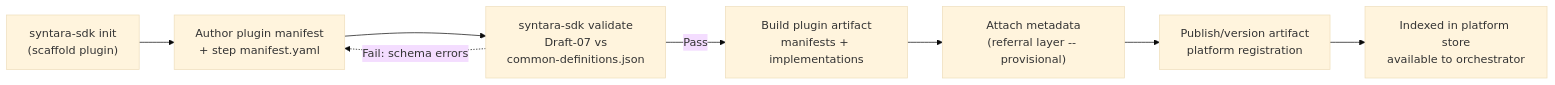
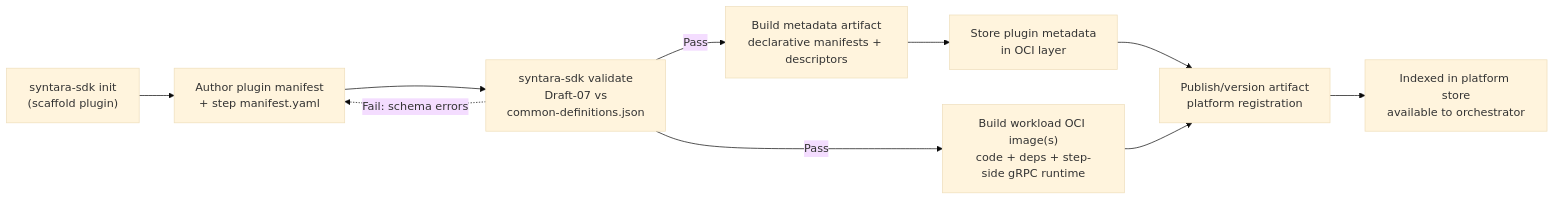
One commit to syntara-orchestration/syntara-node-sdk changed the third of 6 diagrams in docs/architecture.md. Above: the diagram before and after it, drawn with Mermaid (base theme). The commit also changed other lines of this file and 35 other files, not shown here.

````diff
--- a/docs/architecture.md
+++ b/docs/architecture.md
@@ -303,17 +368,20 @@
 ```mermaid
 graph LR
     INIT["syntara-sdk init<br/>(scaffold plugin)"]
     AUTHOR["Author plugin manifest<br/>+ step manifest.yaml"]
     VALIDATE["syntara-sdk validate<br/>Draft-07 vs<br/>common-definitions.json"]
-    BUILD["Build plugin artifact<br/>manifests + implementations"]
-    REFERRAL["Attach metadata<br/>(referral layer -- provisional)"]
+    BUILD["Build metadata artifact<br/>declarative manifests + descriptors"]
+    WORKLOAD["Build workload OCI image(s)<br/>code + deps + step-side gRPC runtime"]
+    REFERRAL["Store plugin metadata<br/>in OCI layer"]
     PUBLISH["Publish/version artifact<br/>platform registration"]
     HANDOFF["Indexed in platform store<br/>available to orchestrator"]
 
     INIT --> AUTHOR
     AUTHOR --> VALIDATE
     VALIDATE -->|Pass| BUILD
+    VALIDATE -->|Pass| WORKLOAD
     VALIDATE -.->|Fail: schema errors| AUTHOR
     BUILD --> REFERRAL --> PUBLISH
+    WORKLOAD --> PUBLISH
     PUBLISH --> HANDOFF
 ```
````
